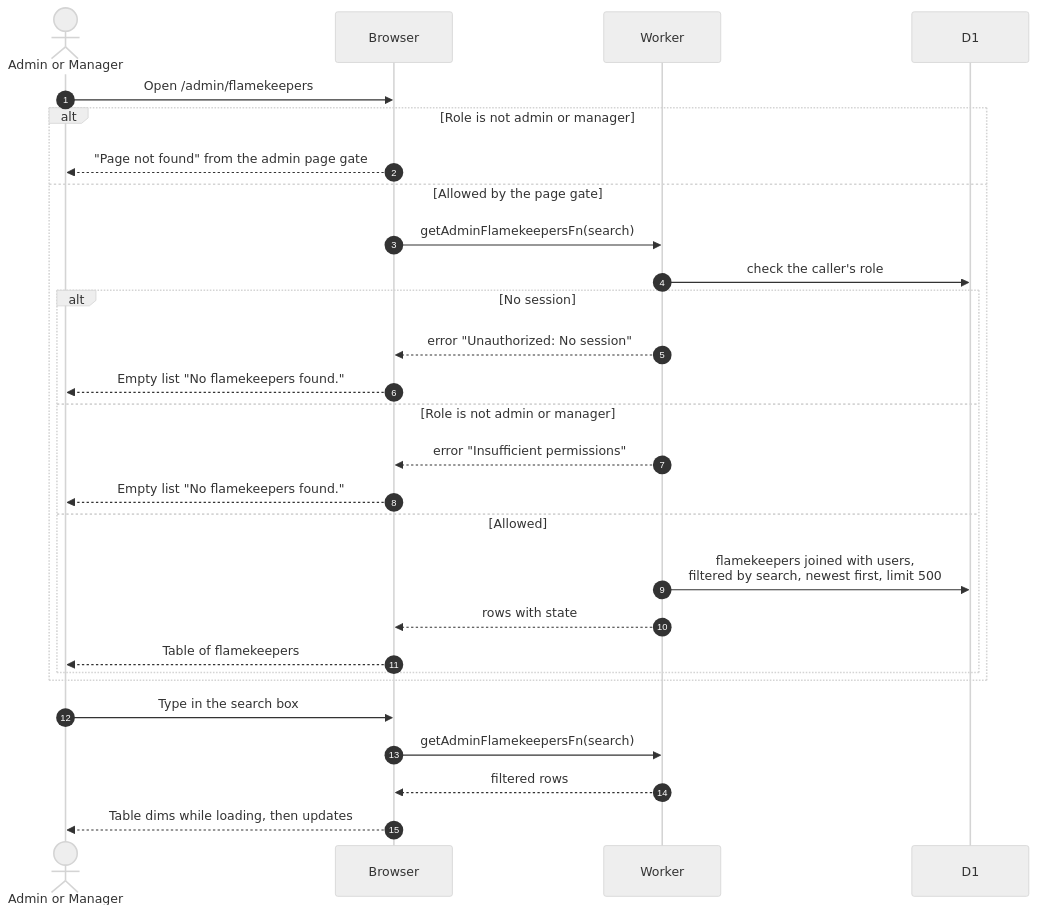
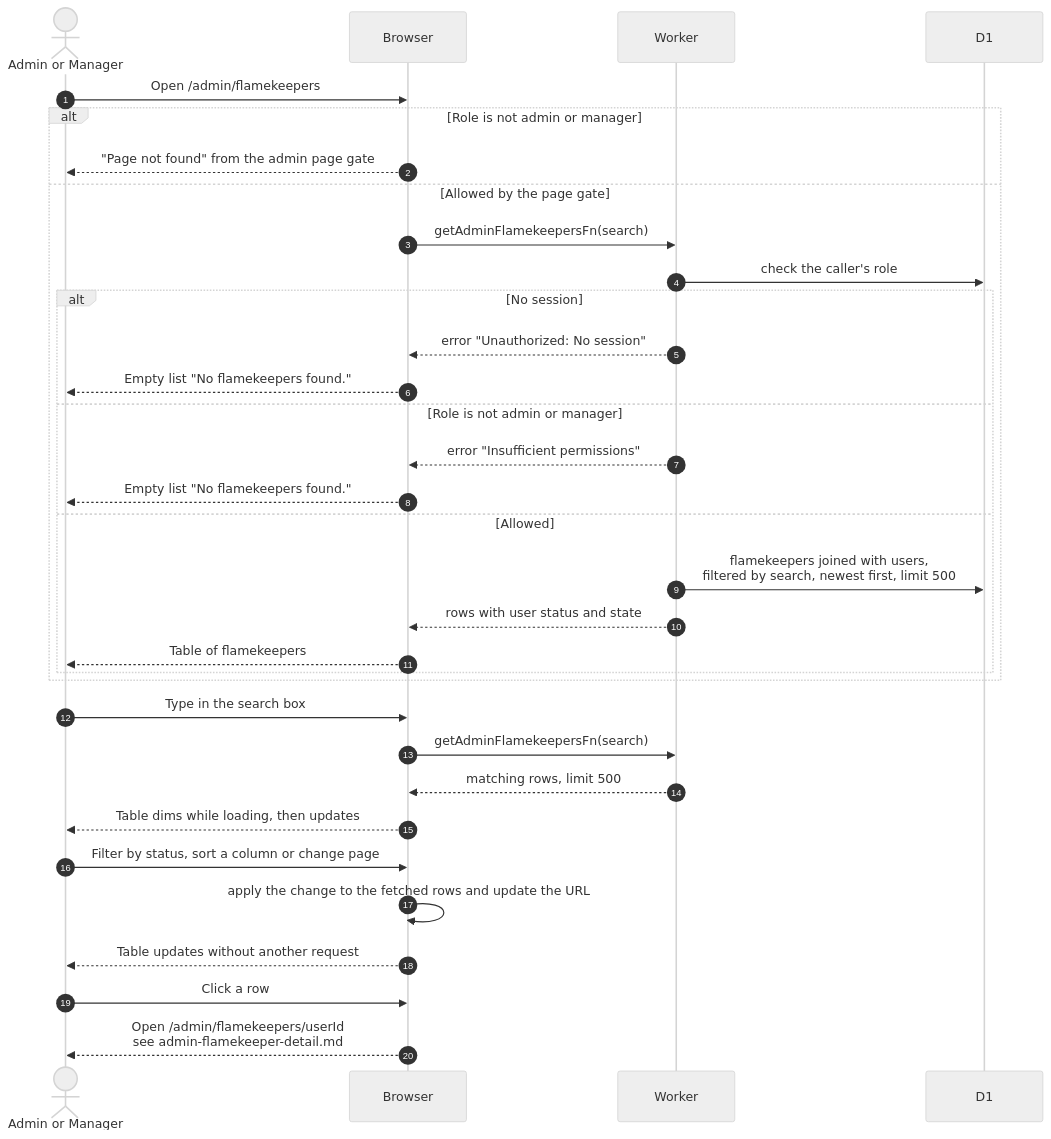
Before and after one commit to sagyzdop/meriksirat: the diagram in docs/scenarios/flamekeepers/admin-flamekeepers.md, drawn with Mermaid (neutral theme). The commit also changed other lines of this file and 16 other files, not shown here.

Commit message:
feat(admin): rebuild flamekeepers from member pages

````diff
--- a/docs/scenarios/flamekeepers/admin-flamekeepers.md
+++ b/docs/scenarios/flamekeepers/admin-flamekeepers.md
@@ -25,30 +19,35 @@
 ```mermaid
 sequenceDiagram
     autonumber
     actor A as Admin or Manager
     participant Browser
     participant Worker
     participant D1
     A->>Browser: Open /admin/flamekeepers
     alt Role is not admin or manager
         Browser-->>A: "Page not found" from the admin page gate
     else Allowed by the page gate
         Browser->>Worker: getAdminFlamekeepersFn(search)
         Worker->>D1: check the caller's role
         alt No session
             Worker-->>Browser: error "Unauthorized: No session"
             Browser-->>A: Empty list "No flamekeepers found."
         else Role is not admin or manager
             Worker-->>Browser: error "Insufficient permissions"
             Browser-->>A: Empty list "No flamekeepers found."
         else Allowed
             Worker->>D1: flamekeepers joined with users,<br/>filtered by search, newest first, limit 500
-            Worker-->>Browser: rows with state
+            Worker-->>Browser: rows with user status and state
             Browser-->>A: Table of flamekeepers
         end
     end
     A->>Browser: Type in the search box
     Browser->>Worker: getAdminFlamekeepersFn(search)
-    Worker-->>Browser: filtered rows
+    Worker-->>Browser: matching rows, limit 500
     Browser-->>A: Table dims while loading, then updates
+    A->>Browser: Filter by status, sort a column or change page
+    Browser->>Browser: apply the change to the fetched rows and update the URL
+    Browser-->>A: Table updates without another request
+    A->>Browser: Click a row
+    Browser-->>A: Open /admin/flamekeepers/userId<br/>see admin-flamekeeper-detail.md
 ```
````
